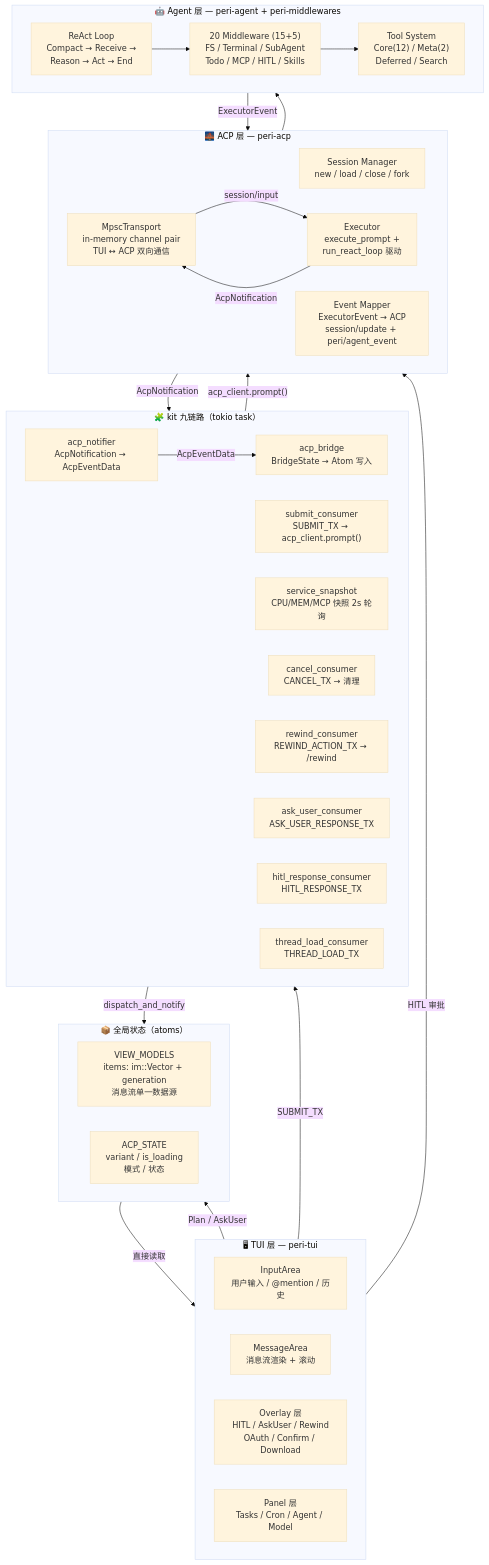
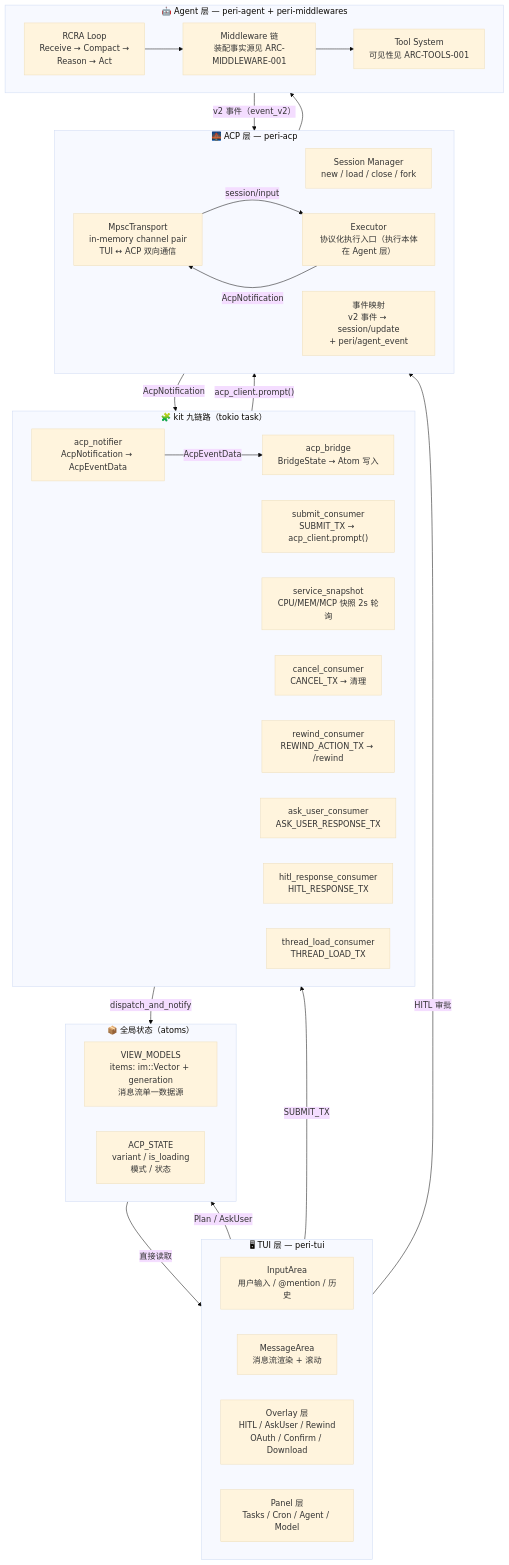
The first of 9 diagrams in docs/design/tui-acp-data-flow.md (KonghaYao/peri), drawn with Mermaid (base theme) before and after one commit. The commit also changed other lines of this file and 129 other files, not shown here.

````diff
--- a/docs/design/tui-acp-data-flow.md
+++ b/docs/design/tui-acp-data-flow.md
@@ -9,68 +11,68 @@
 ```mermaid
 graph TB
     subgraph TUI["🖥 TUI 层 — peri-tui"]
         direction LR
         INPUT["InputArea<br/>用户输入 / @mention / 历史"]
         MSG["MessageArea<br/>消息流渲染 + 滚动"]
         POPUP["Overlay 层<br/>HITL / AskUser / Rewind<br/>OAuth / Confirm / Download"]
         PANEL["Panel 层<br/>Tasks / Cron / Agent / Model"]
     end
 
     subgraph KIT["🧩 kit 九链路（tokio task）"]
         direction LR
         NOTIFIER["acp_notifier<br/>AcpNotification → AcpEventData"]
         BRIDGE["acp_bridge<br/>BridgeState → Atom 写入"]
         SUBMIT["submit_consumer<br/>SUBMIT_TX → acp_client.prompt()"]
         SNAPSHOT["service_snapshot<br/>CPU/MEM/MCP 快照 2s 轮询"]
         CANCEL["cancel_consumer<br/>CANCEL_TX → 清理"]
         REWIND["rewind_consumer<br/>REWIND_ACTION_TX → /rewind"]
         ASK_USER_C["ask_user_consumer<br/>ASK_USER_RESPONSE_TX"]
         HITL_C["hitl_response_consumer<br/>HITL_RESPONSE_TX"]
         THREAD_LOAD["thread_load_consumer<br/>THREAD_LOAD_TX"]
     end
 
     subgraph ATOM["📦 全局状态（atoms）"]
         direction LR
         VM["VIEW_MODELS<br/>items: im::Vector + generation<br/>消息流单一数据源"]
         AC["ACP_STATE<br/>variant / is_loading<br/>模式 / 状态"]
     end
 
     subgraph ACP["🌉 ACP 层 — peri-acp"]
         direction LR
         SESSION["Session Manager<br/>new / load / close / fork"]
-        EXEC["Executor<br/>execute_prompt +<br/>run_react_loop 驱动"]
-        EVMAP["Event Mapper<br/>ExecutorEvent → ACP<br/>session/update + peri/agent_event"]
+        EXEC["Executor<br/>协议化执行入口（执行本体在 Agent 层）"]
+        EVMAP["事件映射<br/>v2 事件 → session/update<br/>+ peri/agent_event"]
         TRANSPORT["MpscTransport<br/>in-memory channel pair<br/>TUI ↔ ACP 双向通信"]
     end
 
     subgraph AGENT["🤖 Agent 层 — peri-agent + peri-middlewares"]
         direction LR
-        REACT["ReAct Loop<br/>Compact → Receive →<br/>Reason → Act → End"]
-        MW["20 Middleware (15+5)<br/>FS / Terminal / SubAgent<br/>Todo / MCP / HITL / Skills"]
-        TOOLS["Tool System<br/>Core(12) / Meta(2)<br/>Deferred / Search"]
+        REACT["RCRA Loop<br/>Receive → Compact →<br/>Reason → Act"]
+        MW["Middleware 链<br/>装配事实源见 ARC-MIDDLEWARE-001"]
+        TOOLS["Tool System<br/>可见性见 ARC-TOOLS-001"]
     end
 
     %% TUI → ACP (用户输入)
     INPUT -->|"SUBMIT_TX"| SUBMIT
     SUBMIT -->|"acp_client.prompt()"| TRANSPORT
     TRANSPORT -->|"session/input"| EXEC
 
     %% Agent 执行
     EXEC --> REACT
     REACT --> MW
     MW --> TOOLS
 
     %% Agent → ACP (事件产出)
-    REACT -->|"ExecutorEvent"| EVMAP
+    REACT -->|"v2 事件（event_v2）"| EVMAP
     EXEC -->|"AcpNotification"| TRANSPORT
 
     %% ACP → TUI (事件消费)
     TRANSPORT -->|"AcpNotification"| NOTIFIER
     NOTIFIER -->|"AcpEventData"| BRIDGE
     BRIDGE -->|"dispatch_and_notify"| VM
     VM -->|"直接读取"| MSG
 
     %% 交互路由
     POPUP -->|"HITL 审批"| TRANSPORT
     PANEL -->|"Plan / AskUser"| VM
 ```
````
